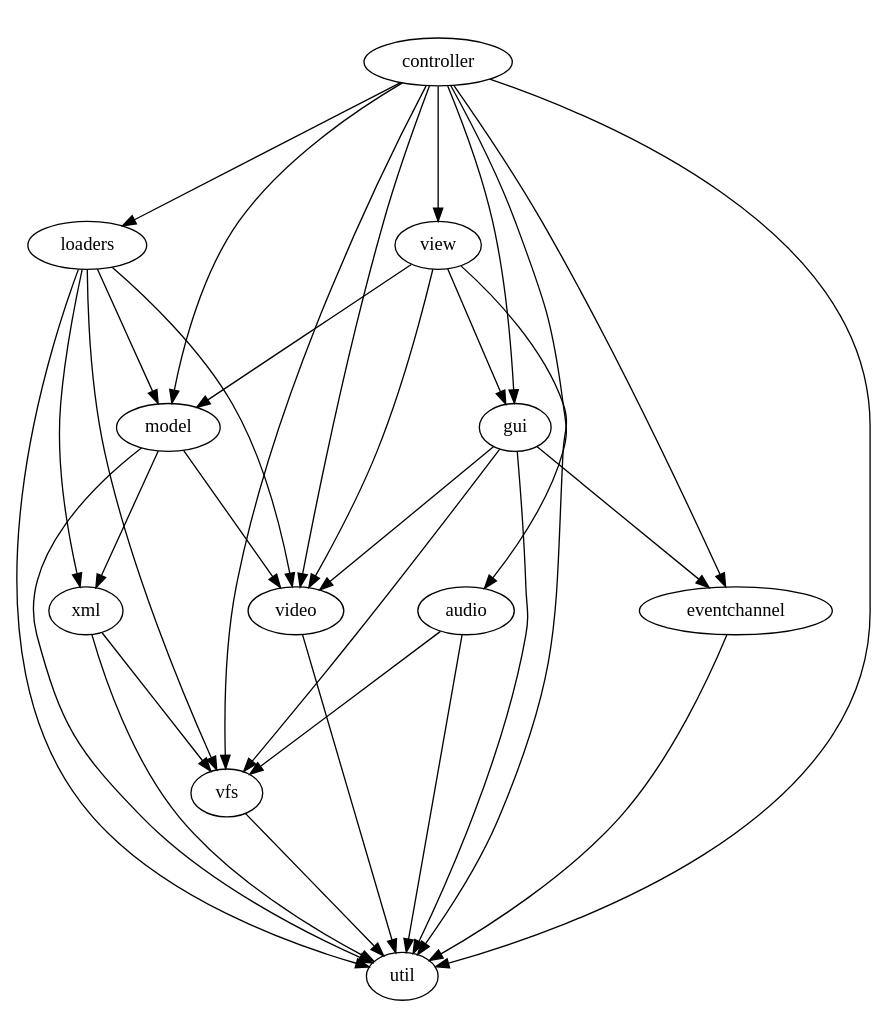
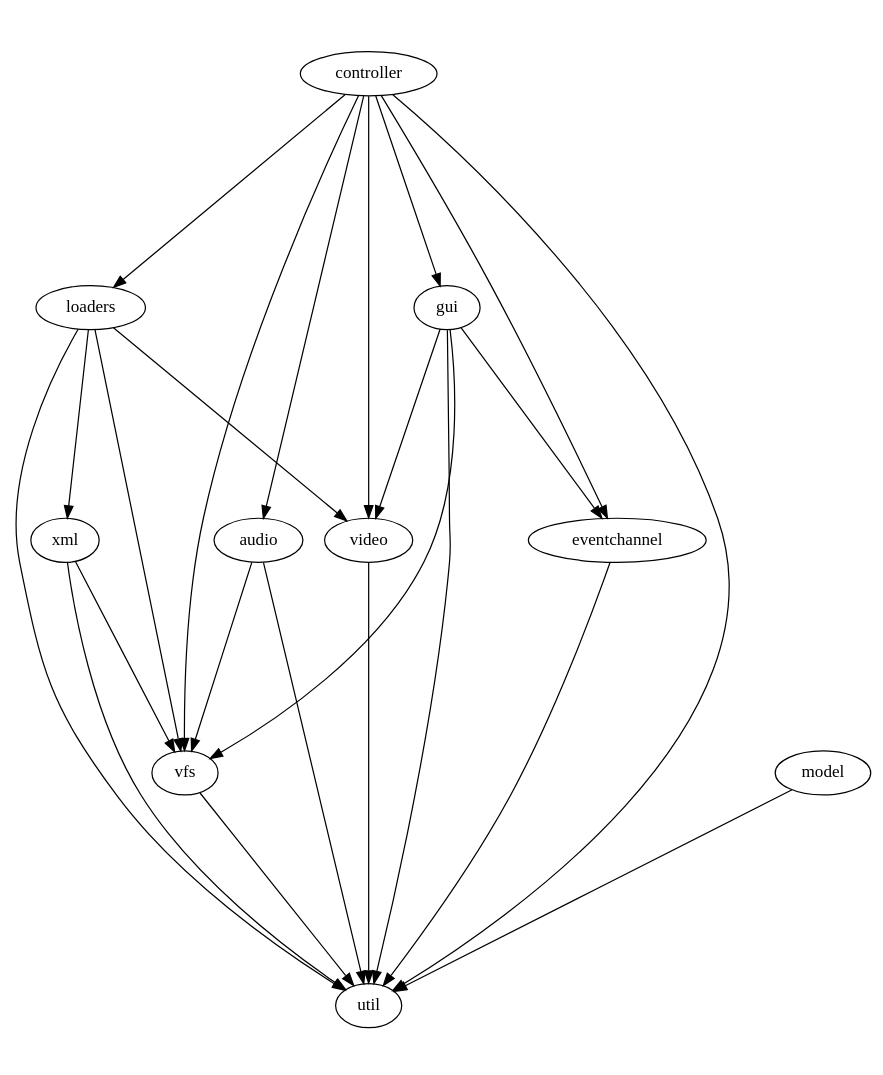
Before and after one commit to fifengine/fifengine: the diagram in doc/dependencies/moduledeps.dot, drawn with Graphviz. The commit also changed 5 other files, not shown here.

Commit message:
dep graphs updated

```diff
--- a/doc/dependencies/moduledeps.dot
+++ b/doc/dependencies/moduledeps.dot
@@ -1,40 +1,31 @@
 digraph "source tree" {
     overlap=scale;
     size="8,10";
     ratio="fill";
     fontsize="16";
     fontname="Helvetica";
     clusterrank="local";
     "xml" -> "util"
     "xml" -> "vfs"
     "gui" -> "util"
+    "gui" -> "vfs"
     "gui" -> "video"
-    "gui" -> "vfs"
     "gui" -> "eventchannel"
     "eventchannel" -> "util"
-    "loaders" -> "xml"
     "loaders" -> "util"
     "loaders" -> "video"
-    "loaders" -> "model"
     "loaders" -> "vfs"
+    "loaders" -> "xml"
     "controller" -> "gui"
     "controller" -> "eventchannel"
     "controller" -> "loaders"
     "controller" -> "util"
     "controller" -> "video"
-    "controller" -> "model"
     "controller" -> "audio"
     "controller" -> "vfs"
-    "controller" -> "view"
     "video" -> "util"
     "model" -> "util"
-    "model" -> "xml"
-    "model" -> "video"
     "audio" -> "util"
     "audio" -> "vfs"
     "vfs" -> "util"
-    "view" -> "util"
-    "view" -> "model"
-    "view" -> "video"
-    "view" -> "gui"
 }
```
